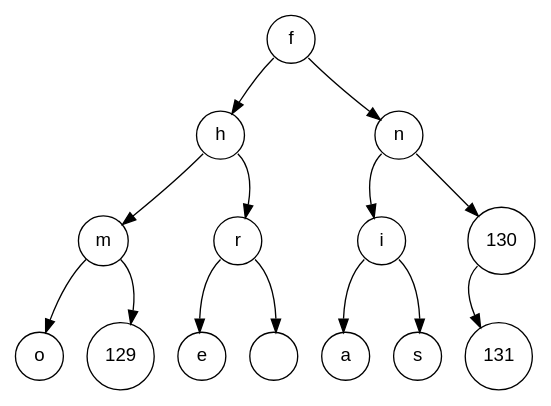
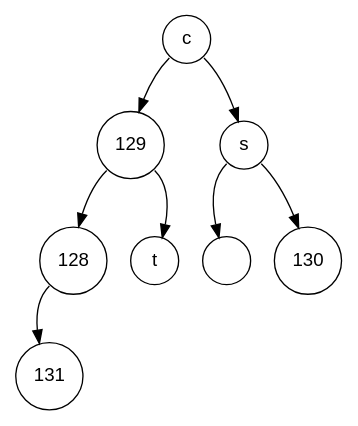
Before and after one commit to Procuste34/codage_huffman_c: the diagram in fichiers_viz/minimier_etape_4.dot, drawn with Graphviz. The commit also changed 47 other files, not shown here.

```diff
--- a/fichiers_viz/minimier_etape_4.dot
+++ b/fichiers_viz/minimier_etape_4.dot
@@ -1,30 +1,18 @@
 digraph POT_test {
 node [fontname="Arial", shape="circle", width=0.5];
-102 [label = "f"]
-102:sw -> 104
-102:se -> 110
-104 [label = "h"]
-104:sw -> 109
-104:se -> 114
-109 [label = "m"]
-109:sw -> 111
-109:se -> 129
-111 [label = "o"]
+99 [label = "c"]
+99:sw -> 129
+99:se -> 115
 129 [label = "129"]
-114 [label = "r"]
-114:sw -> 101
-114:se -> 32
-101 [label = "e"]
+129:sw -> 128
+129:se -> 116
+128 [label = "128"]
+128:sw -> 131
+131 [label = "131"]
+116 [label = "t"]
+115 [label = "s"]
+115:sw -> 32
+115:se -> 130
 32 [label = " "]
-110 [label = "n"]
-110:sw -> 105
-110:se -> 130
-105 [label = "i"]
-105:sw -> 97
-105:se -> 115
-97 [label = "a"]
-115 [label = "s"]
 130 [label = "130"]
-130:sw -> 131
-131 [label = "131"]
 }
```
